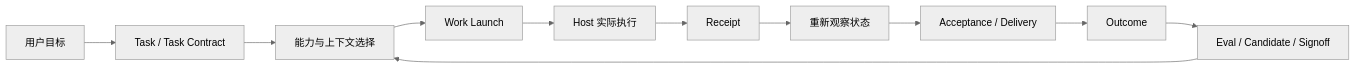
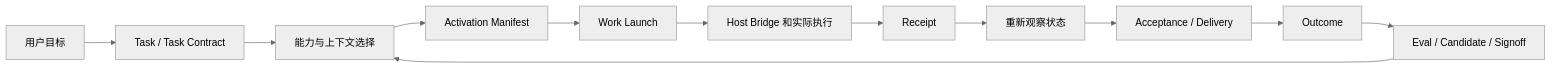
One commit to wdx9413/craft changed the first of 2 diagrams in docs/introduction.zh-CN.md. Above: the diagram before and after it, drawn with Mermaid (neutral theme). The commit also changed other lines of this file and 63 other files, not shown here.

Commit message:
feat: add managed host bridge v0.11.54

````diff
--- a/docs/introduction.zh-CN.md
+++ b/docs/introduction.zh-CN.md
@@ -11,13 +11,14 @@
 ```mermaid
 flowchart LR
   U[用户目标] --> T[Task / Task Contract]
   T --> C[能力与上下文选择]
-  C --> L[Work Launch]
-  L --> H[Host 实际执行]
+  C --> M[Activation Manifest]
+  M --> L[Work Launch]
+  L --> H[Host Bridge 和实际执行]
   H --> R[Receipt]
   R --> S[重新观察状态]
   S --> A[Acceptance / Delivery]
   A --> O[Outcome]
   O --> E[Eval / Candidate / Signoff]
   E --> C
 ```
````
